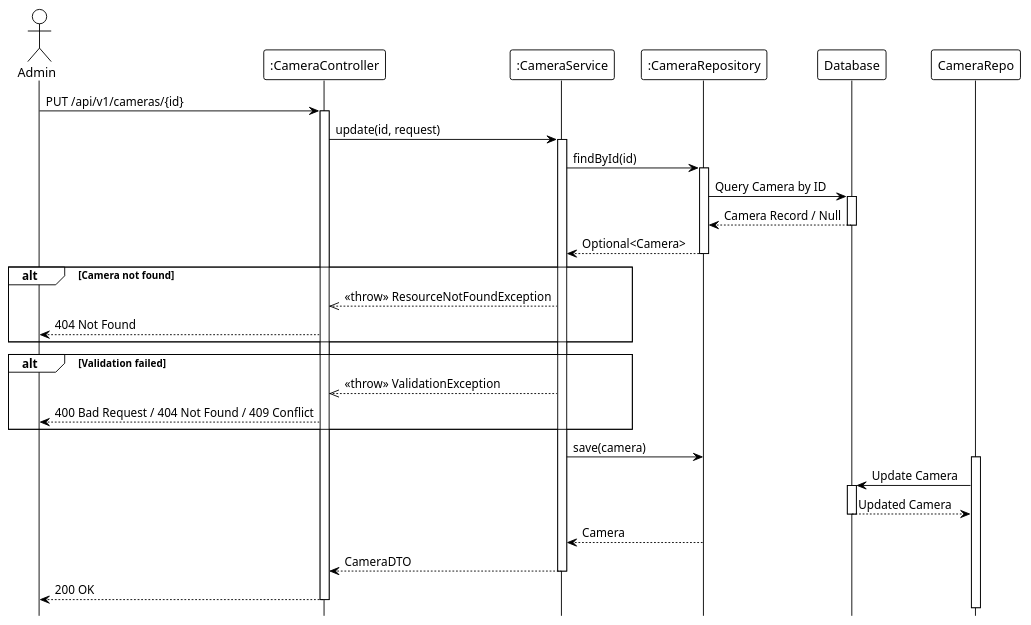
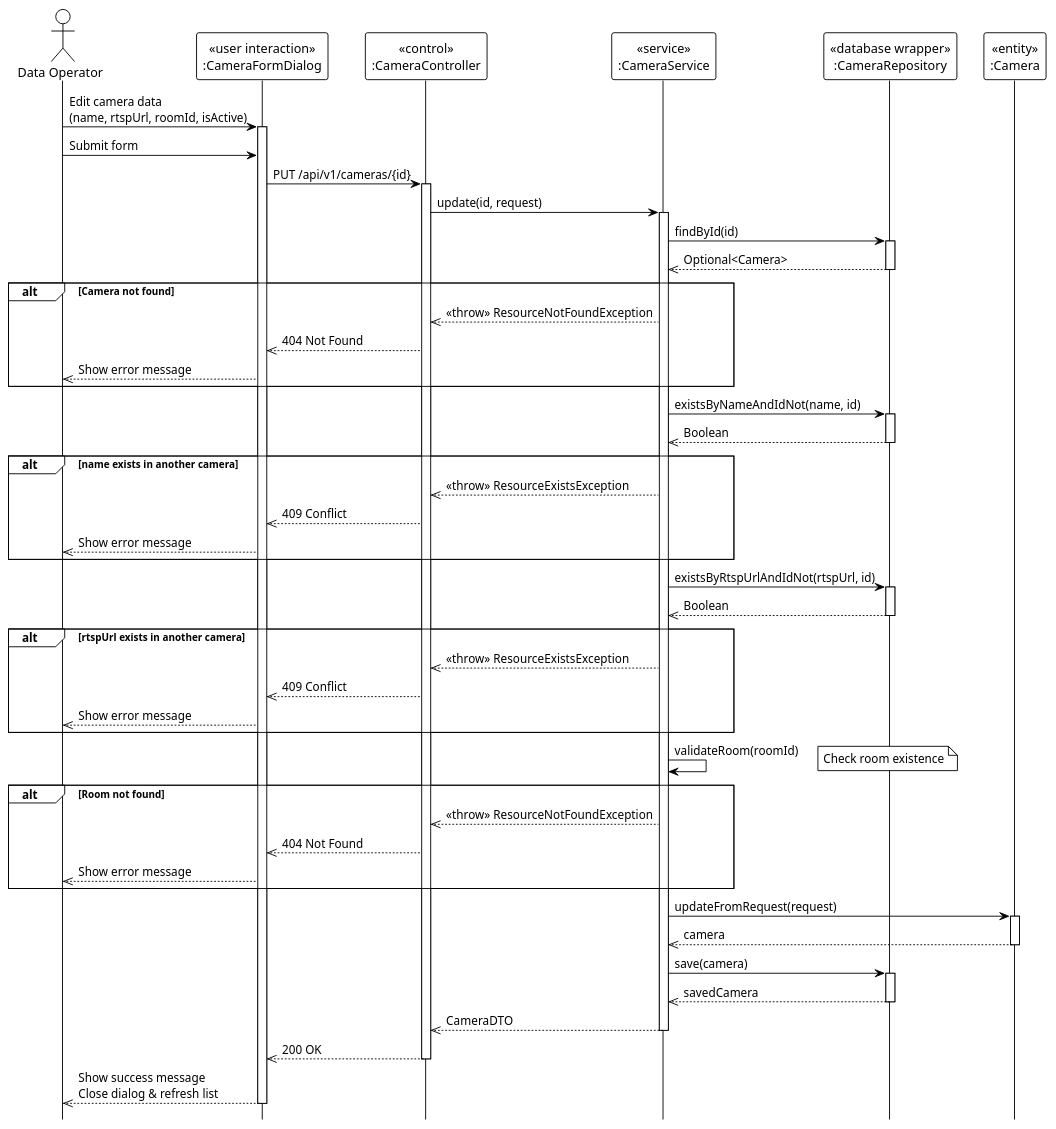
Before and after one commit to Ndh474/context: the diagram in system_detailed_design/64_update_camera/sequence_diagram_update_camera.puml, drawn with PlantUML. The commit also changed 6 other files, not shown here.

Commit message:
docs(system_detailed_design): add UML stereotypes to camera sequence diagrams

```diff
--- a/system_detailed_design/64_update_camera/sequence_diagram_update_camera.puml
+++ b/system_detailed_design/64_update_camera/sequence_diagram_update_camera.puml
@@ -1,58 +1,91 @@
 @startuml update_camera
 !theme plain
 hide footbox
 
-actor Admin
-participant ":CameraController" as Controller
-participant ":CameraService" as Service
-participant ":CameraRepository" as Repository
-participant "Database" as DB
+actor "Data Operator" as DataOperator
 
-' --- MAIN FLOW ---
-Admin -> Controller: PUT /api/v1/cameras/{id}
+participant "«user interaction»\n:CameraFormDialog" as UI
+participant "«control»\n:CameraController" as Controller
+participant "«service»\n:CameraService" as Service
+participant "«database wrapper»\n:CameraRepository" as Repository
+participant "«entity»\n:Camera" as Entity
+
+' === MAIN FLOW ===
+DataOperator -> UI: Edit camera data\n(name, rtspUrl, roomId, isActive)
+activate UI
+
+DataOperator -> UI: Submit form
+UI -> Controller: PUT /api/v1/cameras/{id}
 activate Controller
 
 Controller -> Service: update(id, request)
 activate Service
 
+' === FIND EXISTING ===
 Service -> Repository: findById(id)
 activate Repository
-
-Repository -> DB: Query Camera by ID
-activate DB
-DB --> Repository: Camera Record / Null
-deactivate DB
-
-Repository --> Service: Optional<Camera>
+Repository -->> Service: Optional<Camera>
 deactivate Repository
 
 alt Camera not found
     Service -->> Controller: <<throw>> ResourceNotFoundException
-    Controller --> Admin: 404 Not Found
+    Controller -->> UI: 404 Not Found
+    UI -->> DataOperator: Show error message
 end
 
-' Validation logic (internal: name/RTSP URL uniqueness, room validation)
+' === VALIDATION: NAME UNIQUENESS ===
+Service -> Repository: existsByNameAndIdNot(name, id)
+activate Repository
+Repository -->> Service: Boolean
+deactivate Repository
 
-alt Validation failed
-    Service -->> Controller: <<throw>> ValidationException
-    Controller --> Admin: 400 Bad Request / 404 Not Found / 409 Conflict
+alt name exists in another camera
+    Service -->> Controller: <<throw>> ResourceExistsException
+    Controller -->> UI: 409 Conflict
+    UI -->> DataOperator: Show error message
 end
 
-Service -> Repository: save(camera)
-activate CameraRepo
-
-CameraRepo -> DB: Update Camera
-activate DB
-DB --> CameraRepo: Updated Camera
-deactivate DB
-
-Repository --> Service: Camera
+' === VALIDATION: RTSP URL UNIQUENESS ===
+Service -> Repository: existsByRtspUrlAndIdNot(rtspUrl, id)
+activate Repository
+Repository -->> Service: Boolean
 deactivate Repository
 
-Service --> Controller: CameraDTO
+alt rtspUrl exists in another camera
+    Service -->> Controller: <<throw>> ResourceExistsException
+    Controller -->> UI: 409 Conflict
+    UI -->> DataOperator: Show error message
+end
+
+' === VALIDATION: ROOM EXISTS ===
+Service -> Service: validateRoom(roomId)
+note right: Check room existence
+
+alt Room not found
+    Service -->> Controller: <<throw>> ResourceNotFoundException
+    Controller -->> UI: 404 Not Found
+    UI -->> DataOperator: Show error message
+end
+
+' === UPDATE ENTITY ===
+Service -> Entity: updateFromRequest(request)
+activate Entity
+Entity -->> Service: camera
+deactivate Entity
+
+' === SAVE ===
+Service -> Repository: save(camera)
+activate Repository
+Repository -->> Service: savedCamera
+deactivate Repository
+
+Service -->> Controller: CameraDTO
 deactivate Service
 
-Controller --> Admin: 200 OK
+Controller -->> UI: 200 OK
 deactivate Controller
 
+UI -->> DataOperator: Show success message\nClose dialog & refresh list
+deactivate UI
+
 @enduml
```
